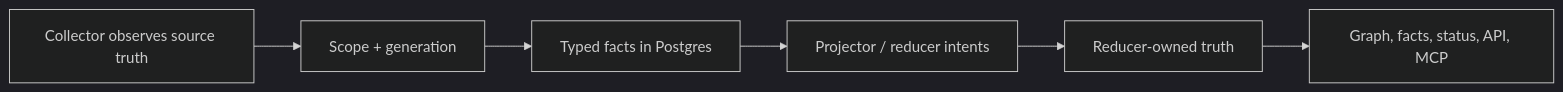
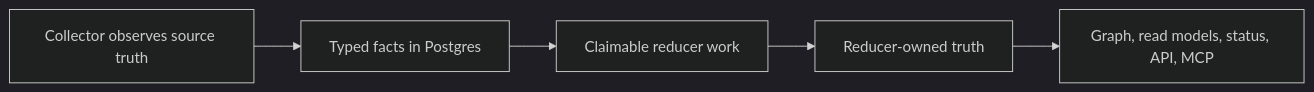
Before and after one commit to eshu-hq/eshu: the diagram in docs/public/reference/collector-reducer-readiness.md, drawn with Mermaid (dark theme). The commit also changed other lines of this file and 33 other files, not shown here.

````diff
--- a/docs/public/reference/collector-reducer-readiness.md
+++ b/docs/public/reference/collector-reducer-readiness.md
@@ -9,8 +8,7 @@
 ```mermaid
 flowchart LR
-  A["Collector observes source truth"] --> B["Scope + generation"]
-  B --> C["Typed facts in Postgres"]
-  C --> D["Projector / reducer intents"]
-  D --> E["Reducer-owned truth"]
-  E --> F["Graph, facts, status, API, MCP"]
+  A["Collector observes source truth"] --> B["Typed facts in Postgres"]
+  B --> C["Claimable reducer work"]
+  C --> D["Reducer-owned truth"]
+  D --> E["Graph, read models, status, API, MCP"]
 ```
````
